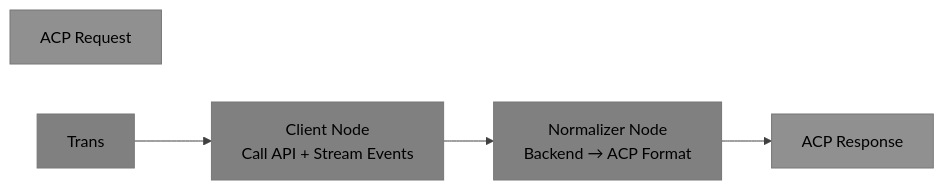
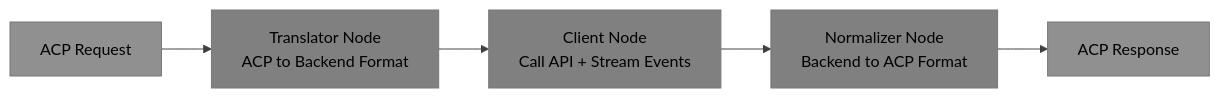
One commit to visionik/acphast changed the third of 5 diagrams in README.md. Above: the diagram before and after it, drawn with Mermaid. The commit also changed other lines of this file, not shown here.

First line of the commit message:
fix: resolve Mermaid rendering errors in diagrams

````diff
--- a/README.md
+++ b/README.md
@@ -154,12 +154,12 @@
 ```mermaid
 %%{init: {"theme":"base","themeVariables":{"primaryTextColor":"#000000","secondaryTextColor":"#000000","tertiaryTextColor":"#000000","noteTextColor":"#000000","primaryColor":"#909090","secondaryColor":"#808080","tertiaryColor":"#707070","lineColor":"#404040","actorLineColor":"#404040","signalColor":"#404040"}}}%%
 graph LR
-    Request["ACP Request"]
+    Request["ACP Request"] --> Trans["Translator Node<br/>ACP to Backend Format"]
     Trans --> Client["Client Node<br/>Call API + Stream Events"]
-    Client --> Norm["Normalizer Node<br/>Backend → ACP Format"]
+    Client --> Norm["Normalizer Node<br/>Backend to ACP Format"]
     Norm --> Response["ACP Response"]
     
     style Trans fill:#808080,color:#000000
     style Client fill:#808080,color:#000000
     style Norm fill:#808080,color:#000000
 ```
````
